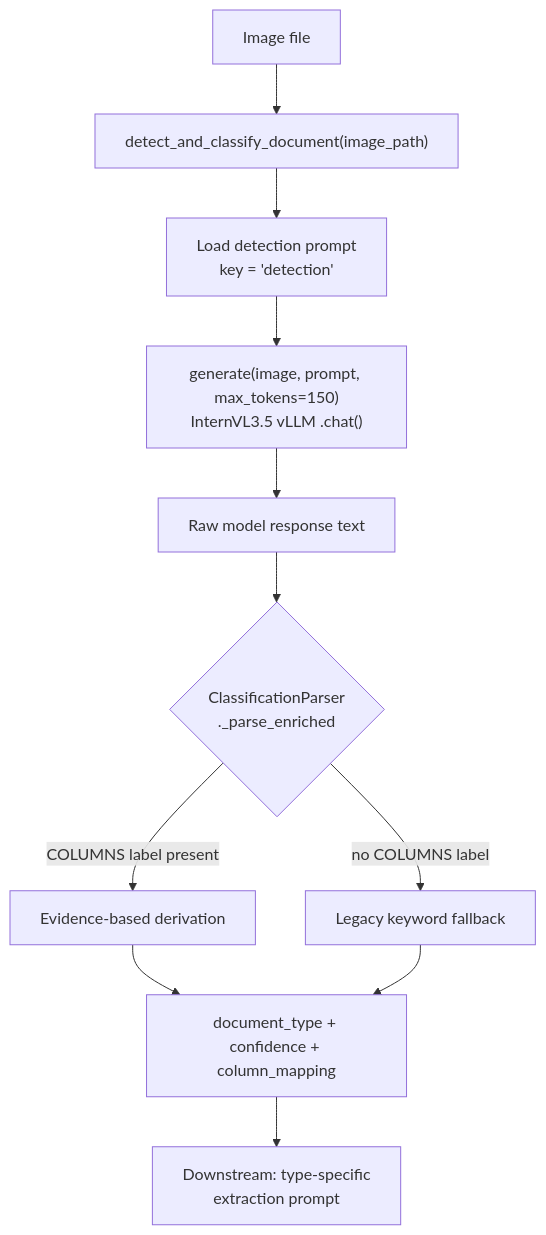
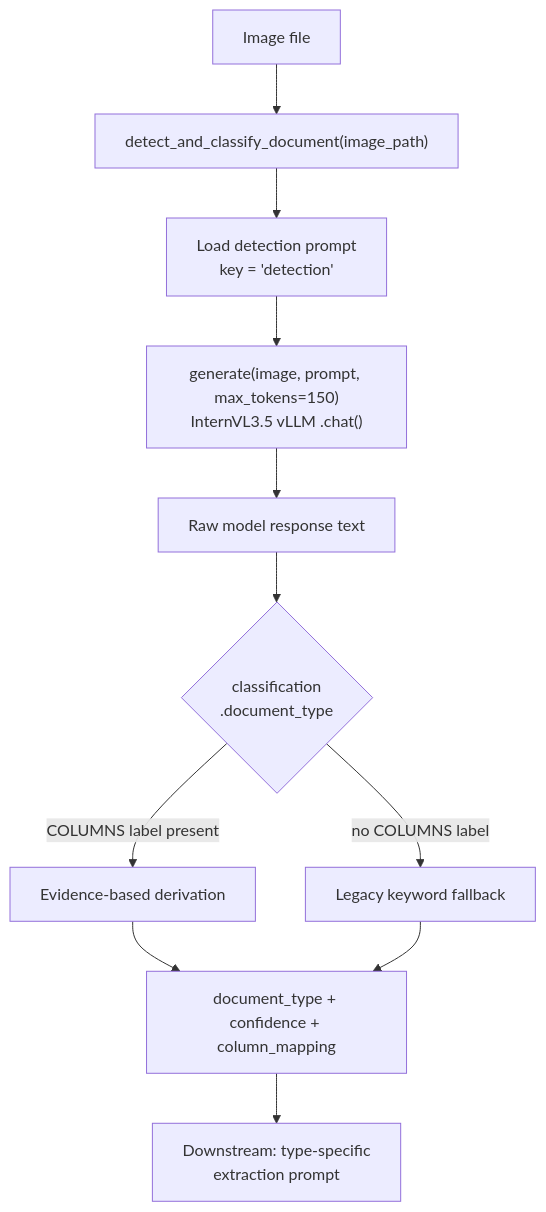
The first of 3 diagrams in docs/document_classification.md (tmnestor/Doc_Extraction_Pipeline), drawn with Mermaid before and after one commit. The commit also changed other lines of this file and 17 other files, not shown here.

First line of the commit message:
♻️ refactor: one routine reads every document type, and one module reads a classification reply

````diff
--- a/docs/document_classification.md
+++ b/docs/document_classification.md
@@ -56,13 +56,13 @@
 ```mermaid
 flowchart TD
     A[Image file] --> B["detect_and_classify_document(image_path)"]
     B --> C[Load detection prompt<br/>key = 'detection']
     C --> D["generate(image, prompt, max_tokens=150)<br/>InternVL3.5 vLLM .chat()"]
     D --> E[Raw model response text]
-    E --> F{ClassificationParser<br/>._parse_enriched}
+    E --> F{classification<br/>.document_type}
     F -->|COLUMNS label present| G[Evidence-based derivation]
     F -->|no COLUMNS label| H[Legacy keyword fallback]
     G --> I[document_type + confidence + column_mapping]
     H --> I
     I --> J[Downstream: type-specific<br/>extraction prompt]
 ```
````
